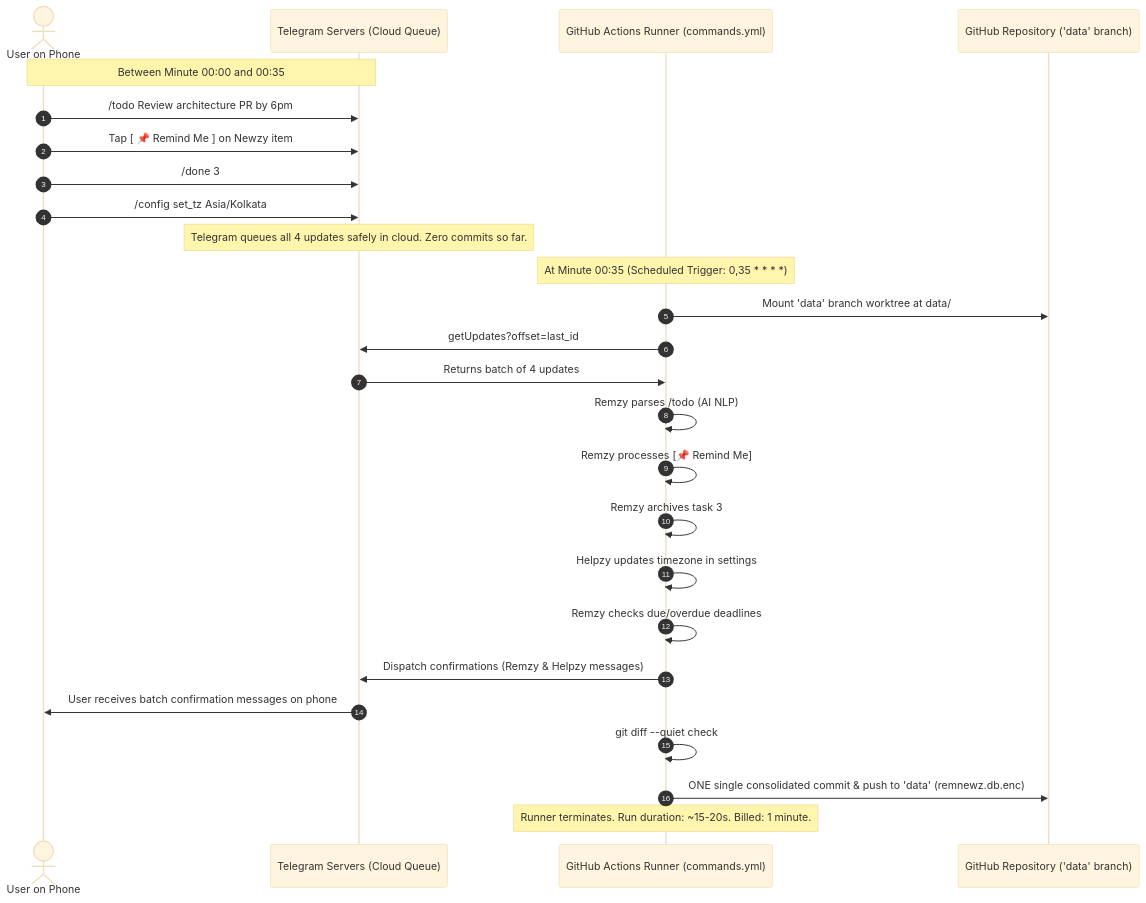
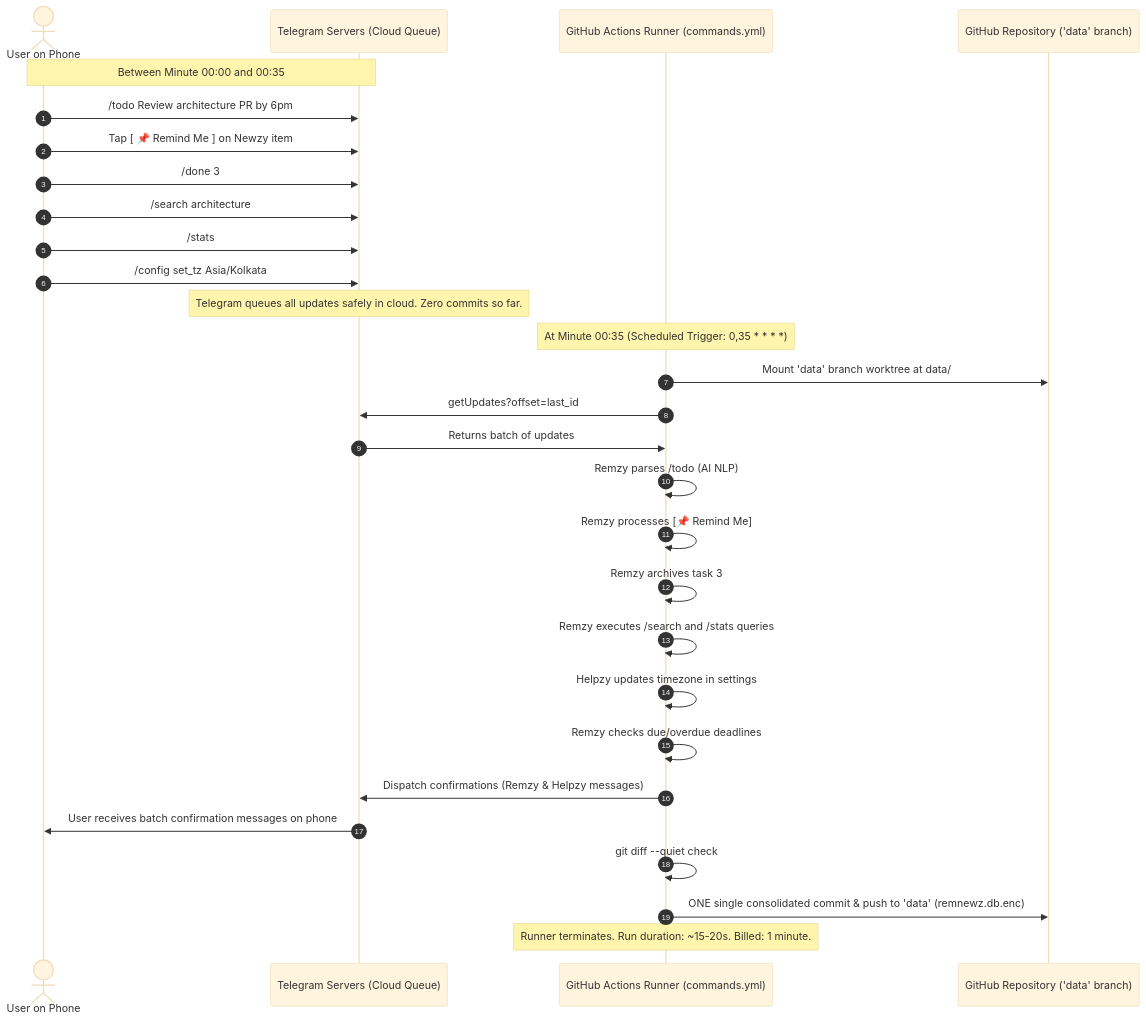
One commit to joydeepd900/RemNewz changed the third of 3 diagrams in Project Docs/Architecture.md. Above: the diagram before and after it, drawn with Mermaid (base theme). The commit also changed other lines of this file and 2 other files, not shown here.

Commit message:
docs: update Phases, Architecture, and structures for SQLite migration and Search/Stats

````diff
--- a/Project Docs/Architecture.md
+++ b/Project Docs/Architecture.md
@@ -226,33 +233,36 @@
 ```mermaid
 sequenceDiagram
     autonumber
     actor User as User on Phone
     participant TG as Telegram Servers (Cloud Queue)
     participant Runner as GitHub Actions Runner (commands.yml)
     participant Git as GitHub Repository ('data' branch)
 
     Note over User,TG: Between Minute 00:00 and 00:35
     User->>TG: /todo Review architecture PR by 6pm
     User->>TG: Tap [ 📌 Remind Me ] on Newzy item
     User->>TG: /done 3
+    User->>TG: /search architecture
+    User->>TG: /stats
     User->>TG: /config set_tz Asia/Kolkata
-    Note over TG: Telegram queues all 4 updates safely in cloud. Zero commits so far.
+    Note over TG: Telegram queues all updates safely in cloud. Zero commits so far.
 
     Note over Runner: At Minute 00:35 (Scheduled Trigger: 0,35 * * * *)
     Runner->>Git: Mount 'data' branch worktree at data/
     Runner->>TG: getUpdates?offset=last_id
-    TG->>Runner: Returns batch of 4 updates
+    TG->>Runner: Returns batch of updates
     
     Runner->>Runner: Remzy parses /todo (AI NLP)
     Runner->>Runner: Remzy processes [📌 Remind Me]
     Runner->>Runner: Remzy archives task 3
+    Runner->>Runner: Remzy executes /search and /stats queries
     Runner->>Runner: Helpzy updates timezone in settings
     Runner->>Runner: Remzy checks due/overdue deadlines
 
     Runner->>TG: Dispatch confirmations (Remzy & Helpzy messages)
     TG->>User: User receives batch confirmation messages on phone
 
     Runner->>Runner: git diff --quiet check
     Runner->>Git: ONE single consolidated commit & push to 'data' (remnewz.db.enc)
     Note over Runner: Runner terminates. Run duration: ~15-20s. Billed: 1 minute.
 ```
````
